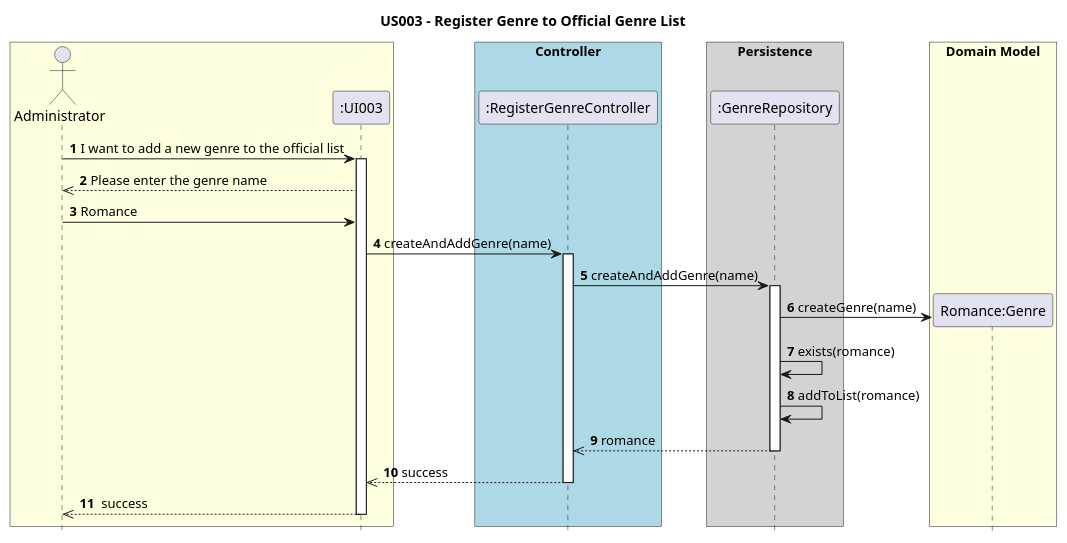
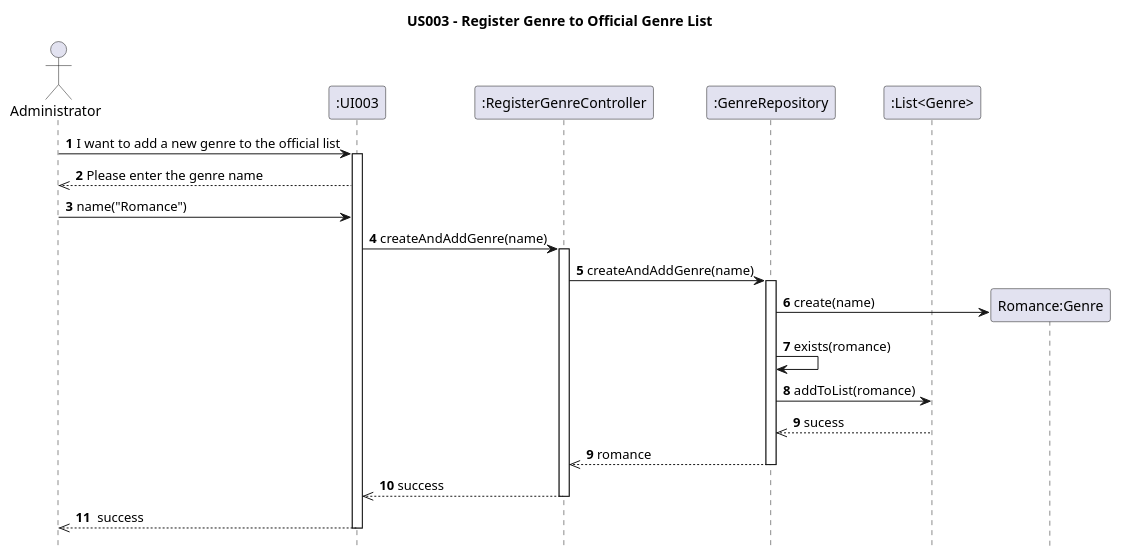
Before and after one commit to AndrePereiraGitH/SWitCH-Project-Team_A: the diagram in Diagrams/SequenceDiagrams/N2/US003 -To-add-a-publication-genre-to-the-genre-list.puml, drawn with PlantUML. The commit also changed 14 other files, not shown here.

Commit message:
Working on #78 #79 #80 #81 #101 #102 #103: add AuthorRepository and AuthorController; update SSD and CD for US003 and US005

```diff
--- a/Diagrams/SequenceDiagrams/N2/US003 -To-add-a-publication-genre-to-the-genre-list.puml
+++ b/Diagrams/SequenceDiagrams/N2/US003 -To-add-a-publication-genre-to-the-genre-list.puml
@@ -1,51 +1,46 @@
 @startuml
 hide footbox
 title US003 - Register Genre to Official Genre List
 
-box #Lightyellow
+
 actor Administrator
 participant ":UI003" as UI
-end box
 
-box "Controller" #LightBlue
 participant ":RegisterGenreController" as RegisterGenreController
-end box
 
-box "Persistence" #LightGrey
 participant ":GenreRepository" as GenreRepository
-end box
-
+participant ":List<Genre>" as LG
 
 Administrator -> UI : **1** I want to add a new genre to the official list
 
 activate UI
 
 UI -->> Administrator : **2** Please enter the genre name
-Administrator -> UI : **3** Romance
+Administrator -> UI : **3** name("Romance")
 
 
 UI -> RegisterGenreController : **4** createAndAddGenre(name)
 activate RegisterGenreController
 
 RegisterGenreController -> GenreRepository : **5** createAndAddGenre(name)
 activate GenreRepository
 
-box "Domain Model" #LightYellow
   create "Romance:Genre" as Genre
-  end box
-  GenreRepository -> Genre : **6** createGenre(name)
+
+  GenreRepository -> Genre : **6** create(name)
   GenreRepository -> GenreRepository : **7** exists(romance)
 
-  GenreRepository -> GenreRepository : **8** addToList(romance)
-  GenreRepository -->> RegisterGenreController : **9** romance
+  GenreRepository -> LG : **8** addToList(romance)
+  LG -->> GenreRepository : **9** sucess
+  GenreRepository  -->> RegisterGenreController : **9** romance
 
 
 deactivate GenreRepository
 
 RegisterGenreController -->> UI : **10** success
 deactivate RegisterGenreController
 
 UI -->> Administrator : **11**  success
 deactivate UI
 
 @enduml
```
